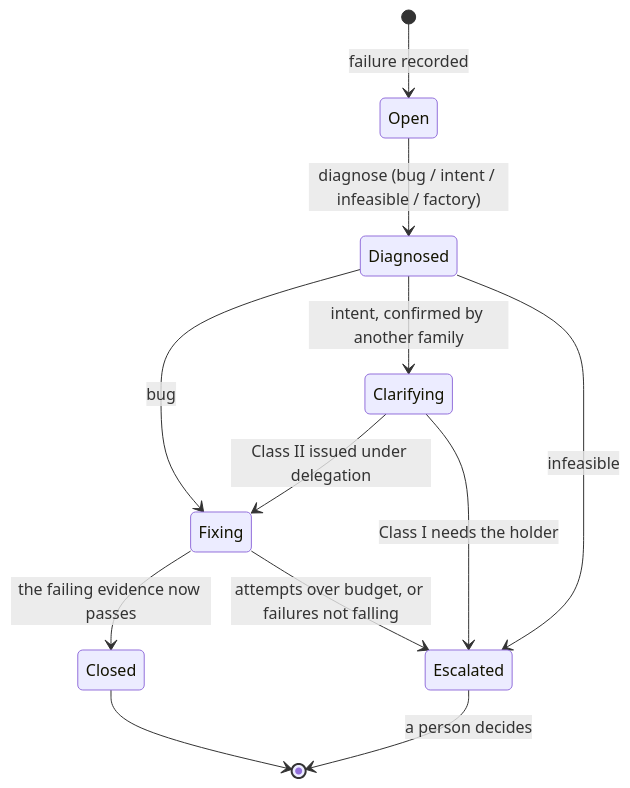
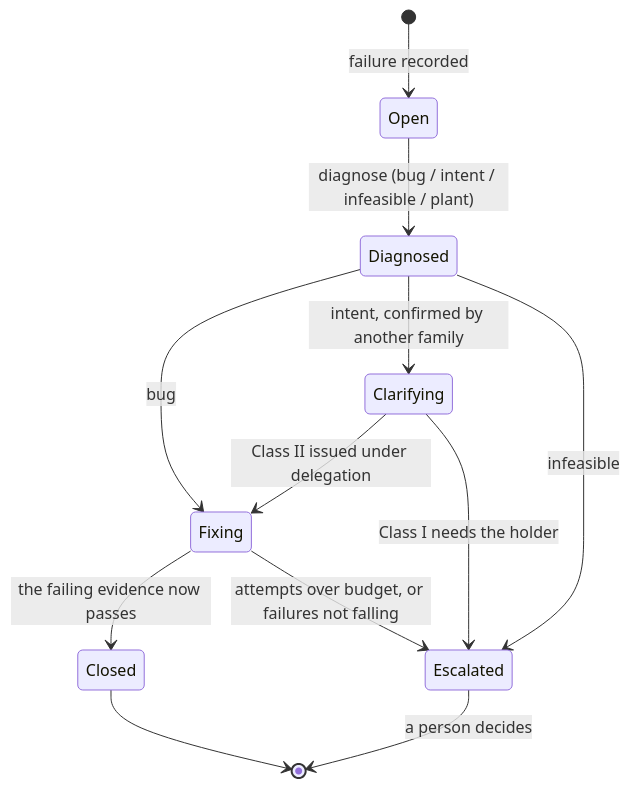
The fourth of 4 diagrams in intent/papers/factory.md (russlittle/ZTHR), drawn with Mermaid before and after one commit. The commit also changed other lines of this file and 13 other files, not shown here.

````diff
--- a/intent/papers/factory.md
+++ b/intent/papers/factory.md
@@ -117,14 +135,14 @@
 ```mermaid
 stateDiagram-v2
   [*] --> Open: failure recorded
-  Open --> Diagnosed: diagnose (bug / intent / infeasible / factory)
+  Open --> Diagnosed: diagnose (bug / intent / infeasible / plant)
   Diagnosed --> Fixing: bug
   Diagnosed --> Clarifying: intent, confirmed by another family
   Clarifying --> Fixing: Class II issued under delegation
   Clarifying --> Escalated: Class I needs the holder
   Diagnosed --> Escalated: infeasible
   Fixing --> Closed: the failing evidence now passes
   Fixing --> Escalated: attempts over budget, or failures not falling
   Escalated --> [*]: a person decides
   Closed --> [*]
 ```
````
